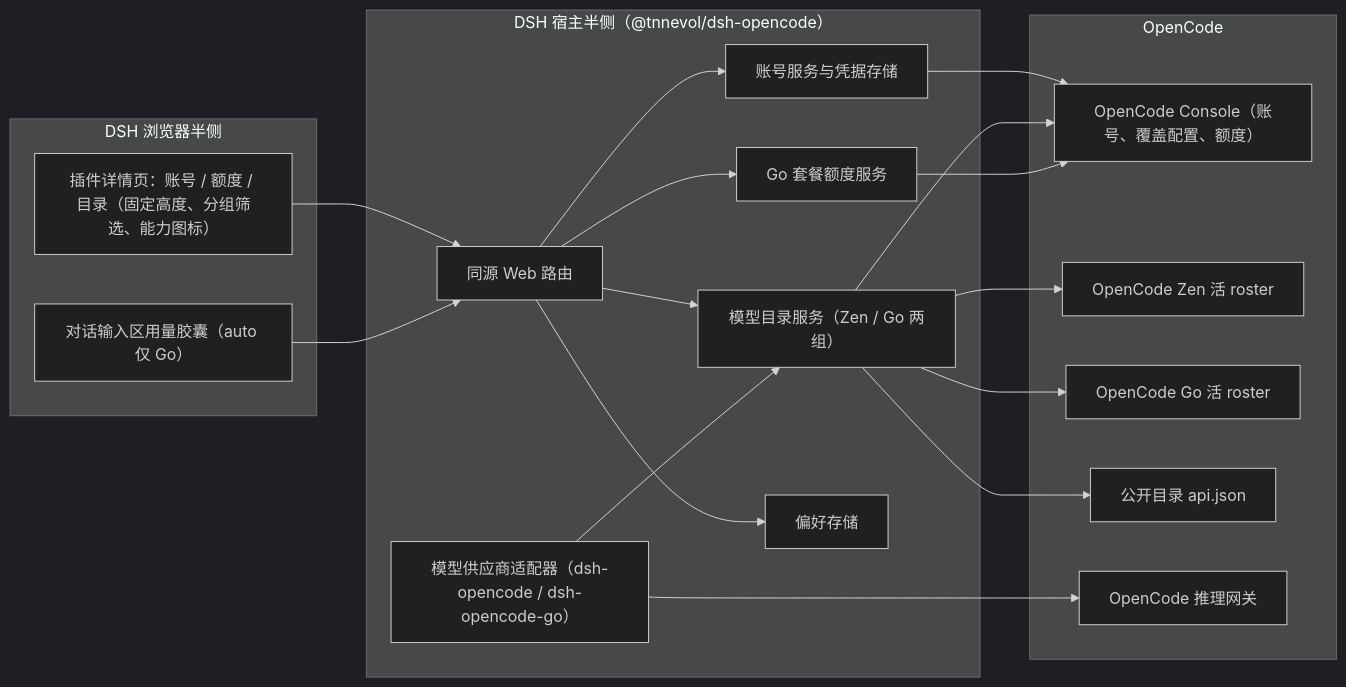
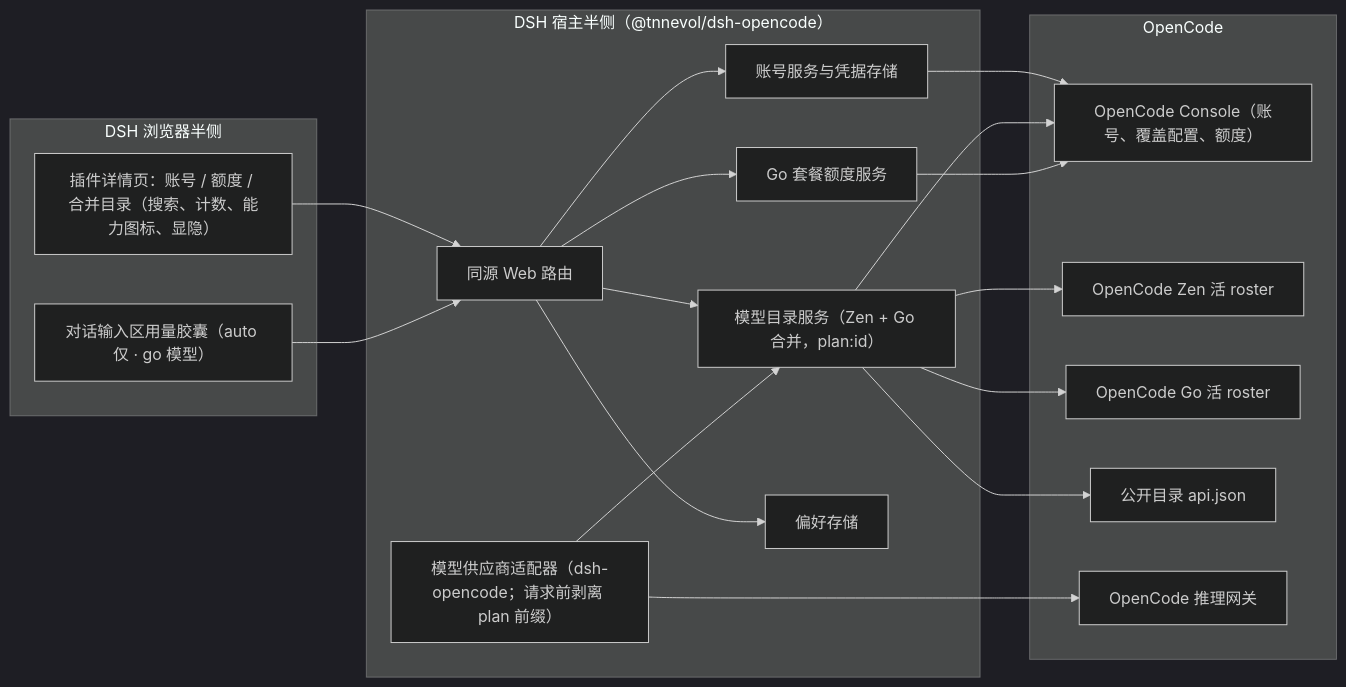
The third of 5 diagrams in docs/plans/PLAN-FNOS-026-dsh-opencode-plugin.md (FNOSP/fnos-dsh), drawn with Mermaid (dark theme) before and after one commit. The commit also changed other lines of this file and 24 other files, not shown here.

First line of the commit message:
feat(opencode): 合并模型列表，模型名增加 zen/go 后缀

````diff
--- a/docs/plans/PLAN-FNOS-026-dsh-opencode-plugin.md
+++ b/docs/plans/PLAN-FNOS-026-dsh-opencode-plugin.md
@@ -107,36 +104,36 @@
 ```mermaid
 flowchart LR
   subgraph Client["DSH 浏览器半侧"]
-    Page["插件详情页：账号 / 额度 / 目录（固定高度、分组筛选、能力图标）"]
-    Pill["对话输入区用量胶囊（auto 仅 Go）"]
+    Page["插件详情页：账号 / 额度 / 合并目录（搜索、计数、能力图标、显隐）"]
+    Pill["对话输入区用量胶囊（auto 仅 · go 模型）"]
   end
   subgraph Host["DSH 宿主半侧（@tnnevol/dsh-opencode）"]
     Routes["同源 Web 路由"]
     Auth["账号服务与凭据存储"]
-    Directory["模型目录服务（Zen / Go 两组）"]
+    Directory["模型目录服务（Zen + Go 合并，plan:id）"]
     Usage["Go 套餐额度服务"]
     Prefs["偏好存储"]
-    Adapter["模型供应商适配器（dsh-opencode / dsh-opencode-go）"]
+    Adapter["模型供应商适配器（dsh-opencode；请求前剥离 plan 前缀）"]
   end
   subgraph Upstream["OpenCode"]
     Console["OpenCode Console（账号、覆盖配置、额度）"]
     ZenRoster["OpenCode Zen 活 roster"]
     GoRoster["OpenCode Go 活 roster"]
     Public["公开目录 api.json"]
     Gateway["OpenCode 推理网关"]
   end
   Page --> Routes
   Pill --> Routes
   Routes --> Auth
   Routes --> Directory
   Routes --> Usage
   Routes --> Prefs
   Auth --> Console
   Directory --> Console
   Directory --> ZenRoster
   Directory --> GoRoster
   Directory --> Public
   Usage --> Console
   Adapter --> Directory
   Adapter --> Gateway
 ```
````
